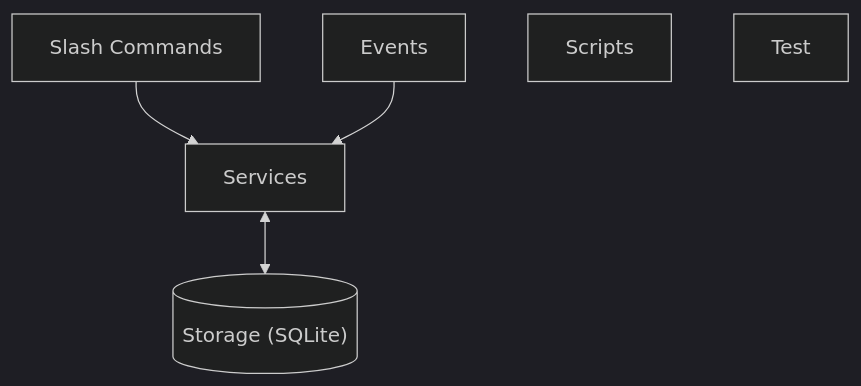
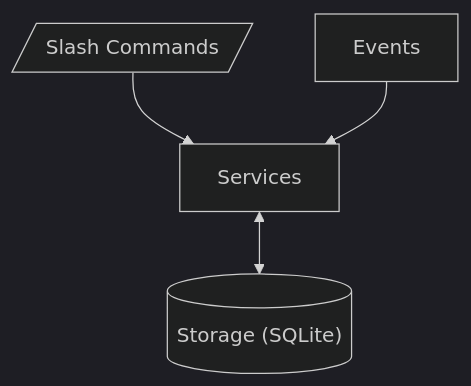
The first of 2 diagrams in docs/architecture.md (rfsjim/discord_pingbot), drawn with Mermaid (dark theme) before and after one commit.

Commit message:
Fix: Mermaid Architecture Final

````diff
--- a/docs/architecture.md
+++ b/docs/architecture.md
@@ -5,8 +5,6 @@
 ```mermaid
 graph TD;
-	Commands["Slash Commands"] --> Services;
+	Commands[/"Slash Commands"/] --> Services;
 	Events --> Services;
 	Services <--> DB[("Storage (SQLite)")];
-	Scripts;
-	Test;
 ```
````
